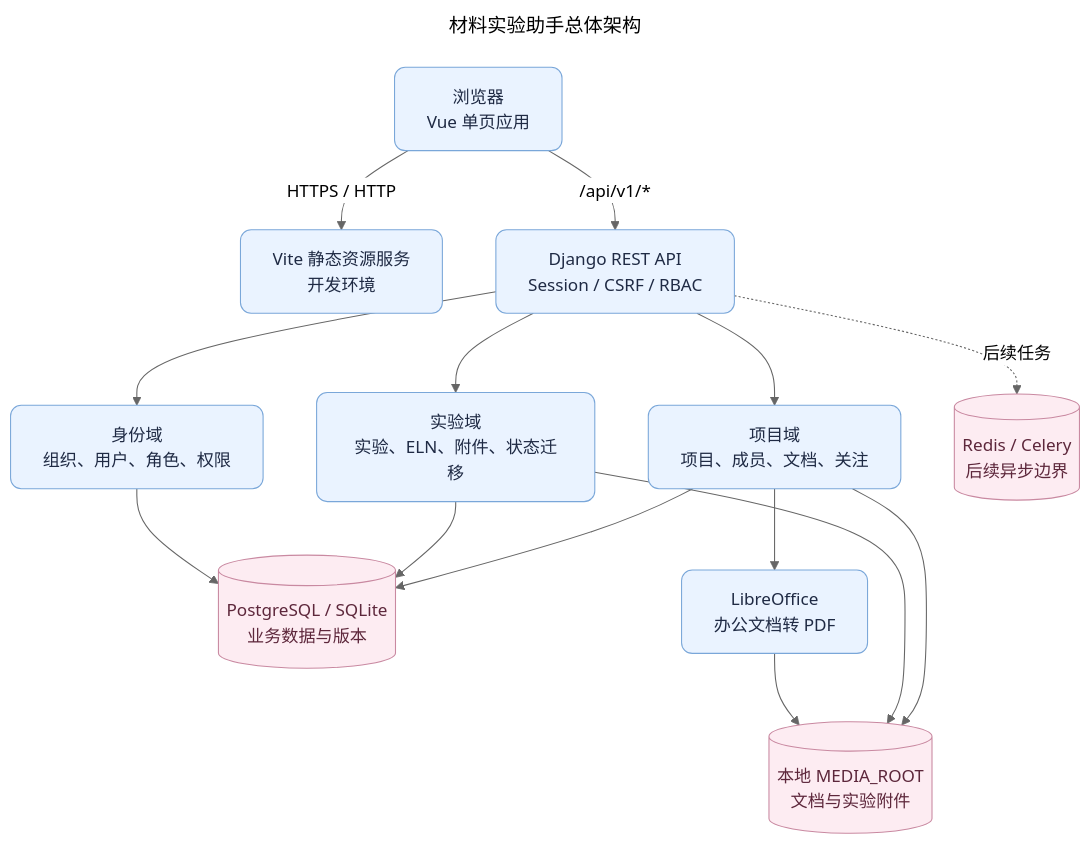
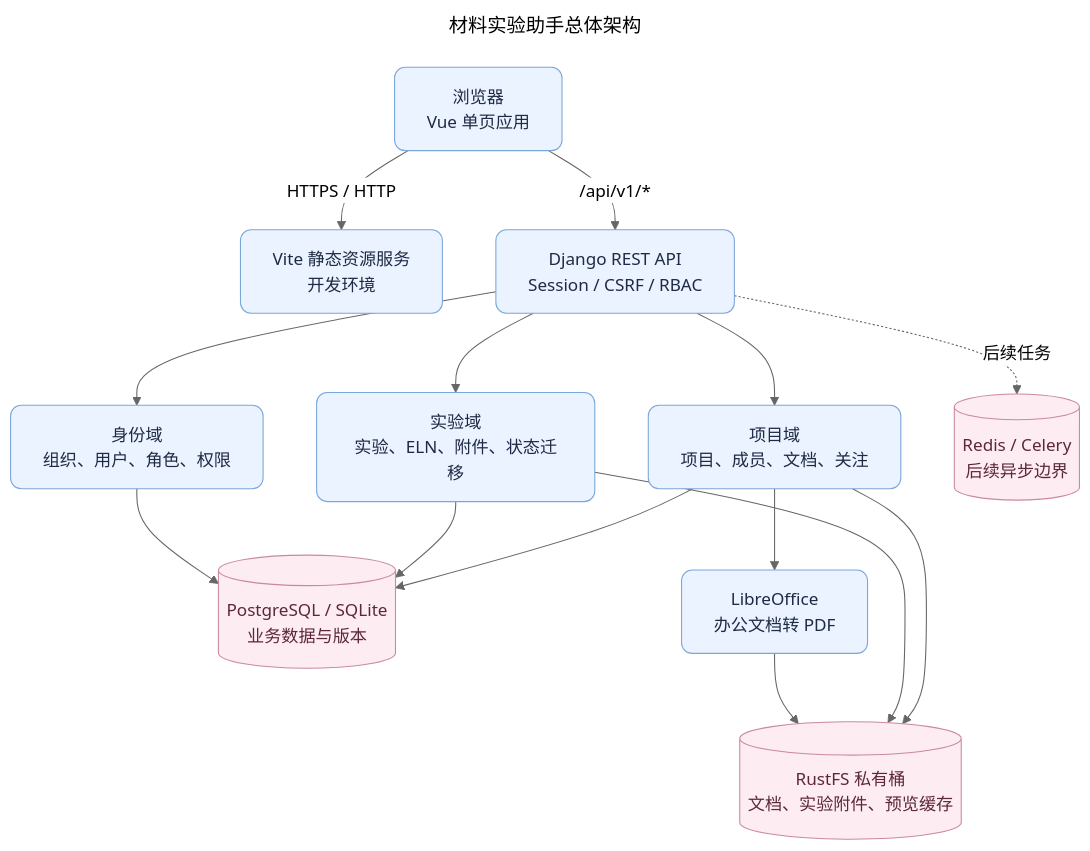
One commit to bujiuzhi/labAssistant changed the first of 4 diagrams in docs/overview-design.md. Above: the diagram before and after it, drawn with Mermaid (neutral theme). The commit also changed other lines of this file and 89 other files, not shown here.

````diff
--- a/docs/overview-design.md
+++ b/docs/overview-design.md
@@ -61,33 +61,33 @@
 ```mermaid
 ---
 title: 材料实验助手总体架构
 ---
 flowchart TB
     Browser["浏览器<br/>Vue 单页应用"]:::process
     Web["Vite 静态资源服务<br/>开发环境"]:::process
     Api["Django REST API<br/>Session / CSRF / RBAC"]:::process
     Project["项目域<br/>项目、成员、文档、关注"]:::process
     Experiment["实验域<br/>实验、ELN、附件、状态迁移"]:::process
     Identity["身份域<br/>组织、用户、角色、权限"]:::process
     Db[("PostgreSQL / SQLite<br/>业务数据与版本")]:::storage
-    Media[("本地 MEDIA_ROOT<br/>文档与实验附件")]:::storage
+    Media[("RustFS 私有桶<br/>文档、实验附件、预览缓存")]:::storage
     Preview["LibreOffice<br/>办公文档转 PDF"]:::process
     Redis[("Redis / Celery<br/>后续异步边界")]:::storage
 
     Browser -->|"HTTPS / HTTP"| Web
     Browser -->|"/api/v1/*"| Api
     Api --> Project
     Api --> Experiment
     Api --> Identity
     Project --> Db
     Experiment --> Db
     Identity --> Db
     Project --> Media
     Experiment --> Media
     Project --> Preview
     Preview --> Media
     Api -. "后续任务" .-> Redis
 
     classDef process fill:#EAF3FF,stroke:#7AA7D9,stroke-width:1px,color:#1F2A44,rx:10,ry:10;
     classDef storage fill:#FDECF2,stroke:#C989A1,stroke-width:1px,color:#5D273B,rx:10,ry:10;
 ```
````
